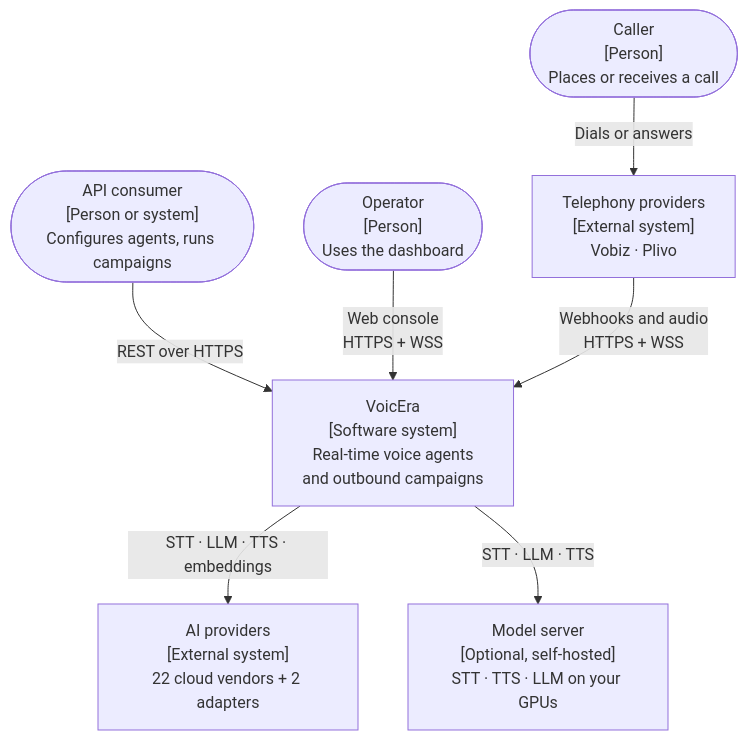
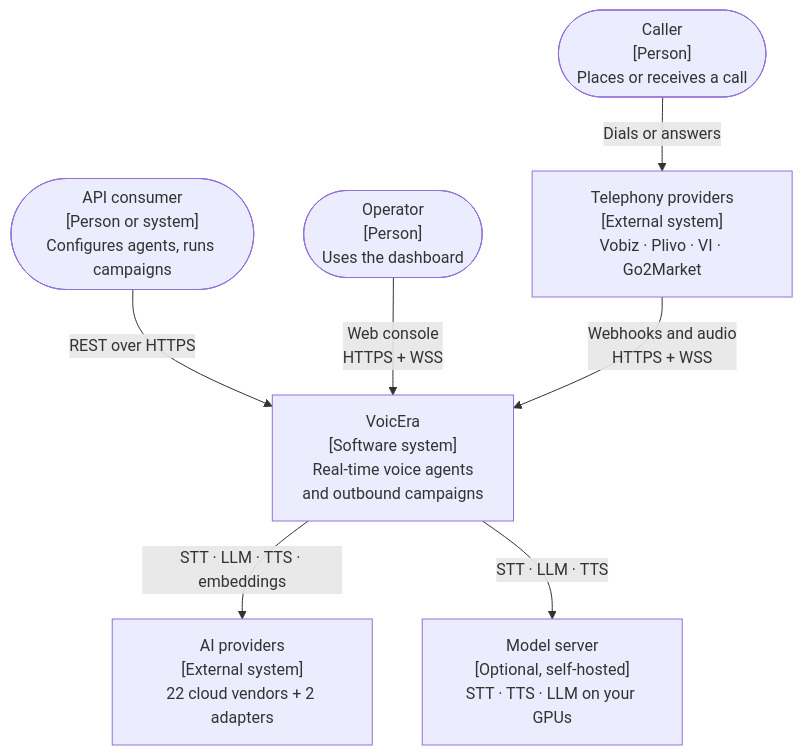
Before and after one commit to COSS-India/VoicEra: the first of 6 diagrams in docs/guides/concepts/architecture.md, drawn with Mermaid. The commit also changed other lines of this file and 20 other files, not shown here.

Commit message:
Document Go2Market and update telephony/campaign docs

````diff
--- a/docs/guides/concepts/architecture.md
+++ b/docs/guides/concepts/architecture.md
@@ -14,18 +14,18 @@
 ```mermaid
 flowchart TB
   Client(["API consumer<br/>[Person or system]<br/>Configures agents, runs campaigns"])
   Operator(["Operator<br/>[Person]<br/>Uses the dashboard"])
   Caller(["Caller<br/>[Person]<br/>Places or receives a call"])
-  Tel["Telephony providers<br/>[External system]<br/>Vobiz · Plivo"]
+  Tel["Telephony providers<br/>[External system]<br/>Vobiz · Plivo · VI · Go2Market"]
   Cloud["AI providers<br/>[External system]<br/>22 cloud vendors + 2 adapters"]
   Self["Model server<br/>[Optional, self-hosted]<br/>STT · TTS · LLM on your GPUs"]
 
   SYS["VoicEra<br/>[Software system]<br/>Real-time voice agents<br/>and outbound campaigns"]
 
   Client -- "REST over HTTPS" --> SYS
   Operator -- "Web console<br/>HTTPS + WSS" --> SYS
   Caller -- "Dials or answers" --> Tel
   Tel -- "Webhooks and audio<br/>HTTPS + WSS" --> SYS
   SYS -- "STT · LLM · TTS · embeddings" --> Cloud
   SYS -- "STT · LLM · TTS" --> Self
 ```
````
